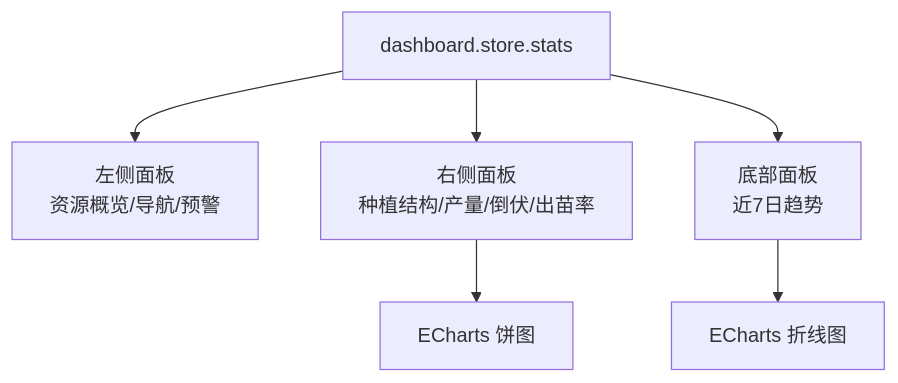
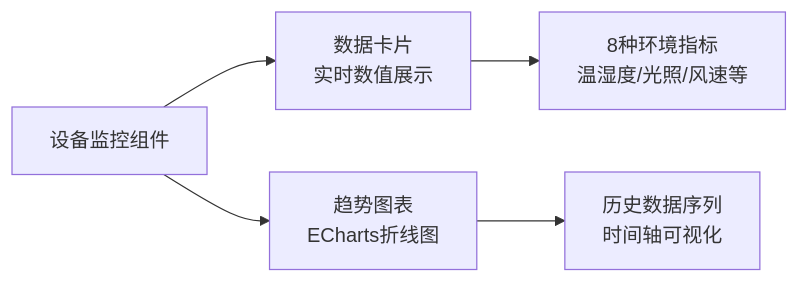
One commit to q446328246/agri-platform changed the third of 3 diagrams in .qoder/repowiki/zh/content/前端应用文档/核心页面/仪表盘页面.md. Above: the diagram before and after it, drawn with Mermaid. The commit also changed other lines of this file and 39 other files, not shown here.

````diff
--- a/.qoder/repowiki/zh/content/前端应用文档/核心页面/仪表盘页面.md
+++ b/.qoder/repowiki/zh/content/前端应用文档/核心页面/仪表盘页面.md
@@ -212,8 +311,7 @@
 ```mermaid
-flowchart TD
-Stats["dashboard.store.stats"] --> LeftPanel["左侧面板<br/>资源概览/导航/预警"]
-Stats --> RightPanel["右侧面板<br/>种植结构/产量/倒伏/出苗率"]
-Stats --> BottomPanel["底部面板<br/>近7日趋势"]
-RightPanel --> ChartPie["ECharts 饼图"]
-BottomPanel --> ChartLine["ECharts 折线图"]
+graph LR
+Subchart["设备监控组件"] --> DataCards["数据卡片<br/>实时数值展示"]
+Subchart --> TrendChart["趋势图表<br/>ECharts折线图"]
+DataCards --> Metrics["8种环境指标<br/>温湿度/光照/风速等"]
+TrendChart --> HistoryData["历史数据序列<br/>时间轴可视化"]
 ```
````
